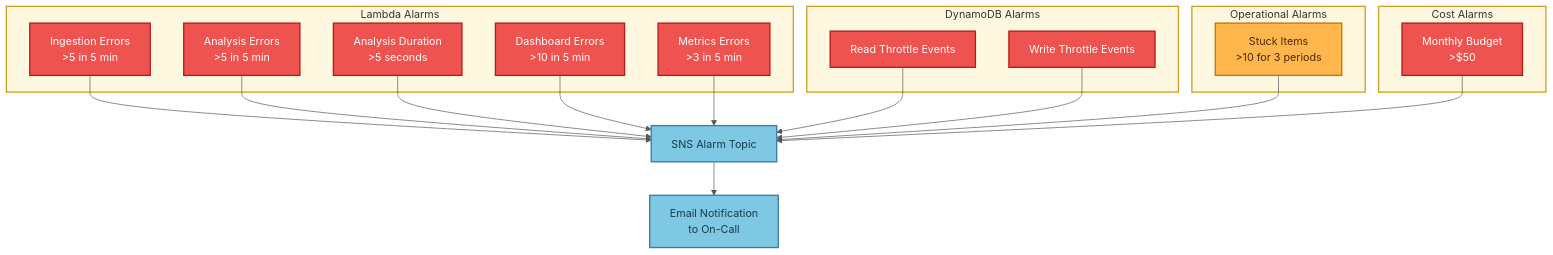
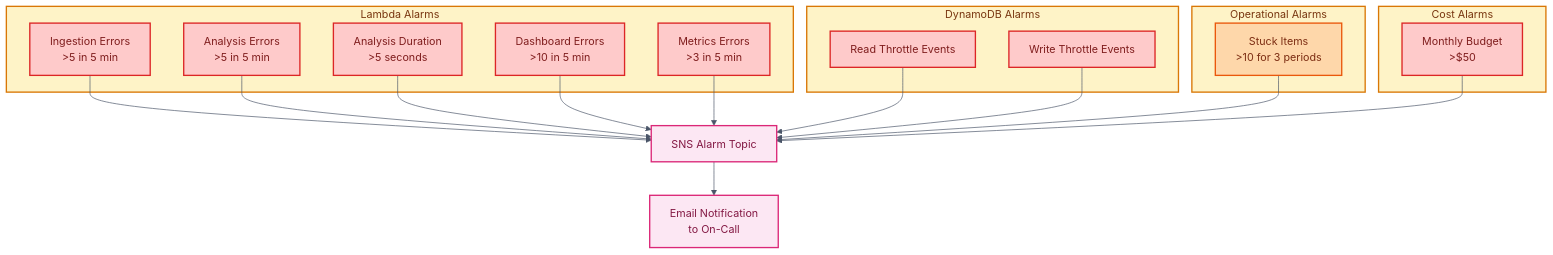
One commit to traylorre/sentiment-analyzer-gsk changed the tenth of 10 diagrams in docs/OPERATIONAL_FLOWS.md. Above: the diagram before and after it, drawn with Mermaid. The commit also changed other lines of this file and 3 other files, not shown here.

First line of the commit message:
docs: Update all diagrams with unified WCAG-compliant color palette

````diff
--- a/docs/OPERATIONAL_FLOWS.md
+++ b/docs/OPERATIONAL_FLOWS.md
@@ -555,46 +555,46 @@
 ```mermaid
-%%{init: {'theme':'base', 'themeVariables': {'primaryColor':'#fff8e1', 'primaryTextColor':'#333', 'primaryBorderColor':'#c9a227', 'lineColor':'#555'}}}%%
+%%{init: {'theme': 'base', 'themeVariables': {'primaryColor': '#e8f4fd', 'primaryTextColor': '#1a365d', 'primaryBorderColor': '#3182ce', 'lineColor': '#4a5568'}}}%%
 graph TD
     subgraph LambdaAlarms["Lambda Alarms"]
         IngestionErrors[Ingestion Errors<br/>>5 in 5 min]
         AnalysisErrors[Analysis Errors<br/>>5 in 5 min]
         AnalysisDuration[Analysis Duration<br/>>5 seconds]
         DashboardErrors[Dashboard Errors<br/>>10 in 5 min]
         MetricsErrors[Metrics Errors<br/>>3 in 5 min]
     end
 
     subgraph DDBAlarms["DynamoDB Alarms"]
         ReadThrottle[Read Throttle Events]
         WriteThrottle[Write Throttle Events]
     end
 
     subgraph OpsAlarms["Operational Alarms"]
         StuckItems[Stuck Items<br/>>10 for 3 periods]
     end
 
     subgraph CostAlarms["Cost Alarms"]
         BudgetAlert[Monthly Budget<br/>>$50]
     end
 
     IngestionErrors --> SNSTopic[SNS Alarm Topic]
     AnalysisErrors --> SNSTopic
     AnalysisDuration --> SNSTopic
     DashboardErrors --> SNSTopic
     MetricsErrors --> SNSTopic
     ReadThrottle --> SNSTopic
     WriteThrottle --> SNSTopic
     StuckItems --> SNSTopic
     BudgetAlert --> SNSTopic
 
     SNSTopic --> Email[Email Notification<br/>to On-Call]
 
-    classDef stageBox fill:#fff8e1,stroke:#c9a227,stroke-width:2px,color:#333
-    classDef alarmNode fill:#ef5350,stroke:#b71c1c,stroke-width:2px,color:#fff
-    classDef notificationNode fill:#7ec8e3,stroke:#3a7ca5,stroke-width:2px,color:#1a3a4a
-    classDef operationalNode fill:#ffb74d,stroke:#c77800,stroke-width:2px,color:#4a2800
+    classDef stageBox fill:#fef3c7,stroke:#d97706,stroke-width:2px,color:#78350f
+    classDef alarmNode fill:#fecaca,stroke:#dc2626,stroke-width:2px,color:#7f1d1d
+    classDef notificationNode fill:#fce7f3,stroke:#db2777,stroke-width:2px,color:#831843
+    classDef operationalNode fill:#fed7aa,stroke:#ea580c,stroke-width:2px,color:#7c2d12
 
     class LambdaAlarms,DDBAlarms,OpsAlarms,CostAlarms stageBox
     class IngestionErrors,AnalysisErrors,AnalysisDuration,DashboardErrors,MetricsErrors,ReadThrottle,WriteThrottle,BudgetAlert alarmNode
     class StuckItems operationalNode
     class SNSTopic,Email notificationNode
 ```
````
